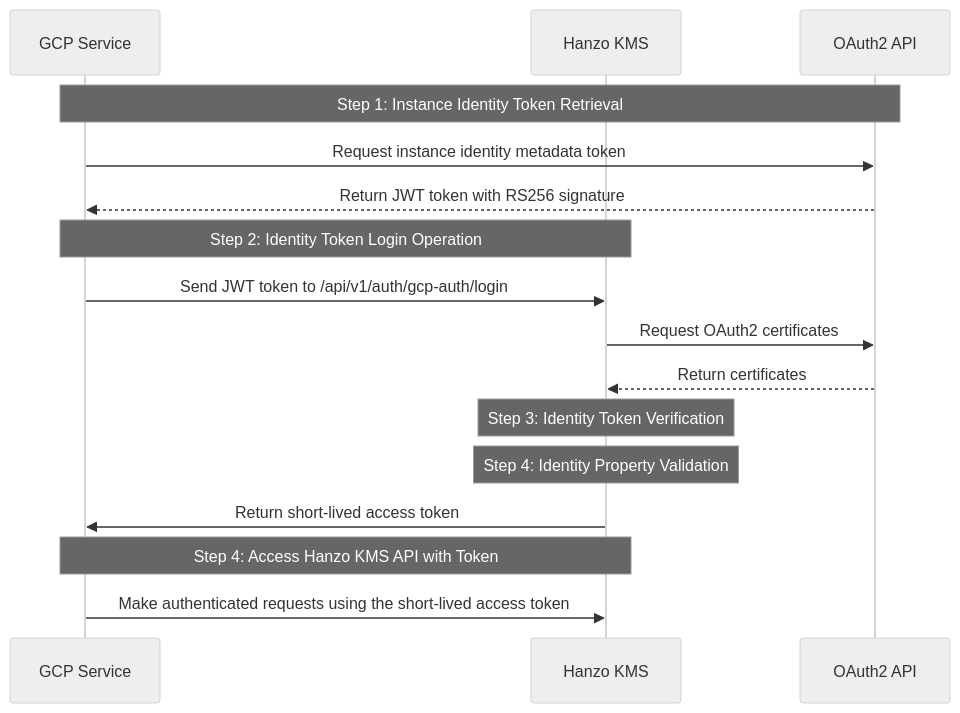
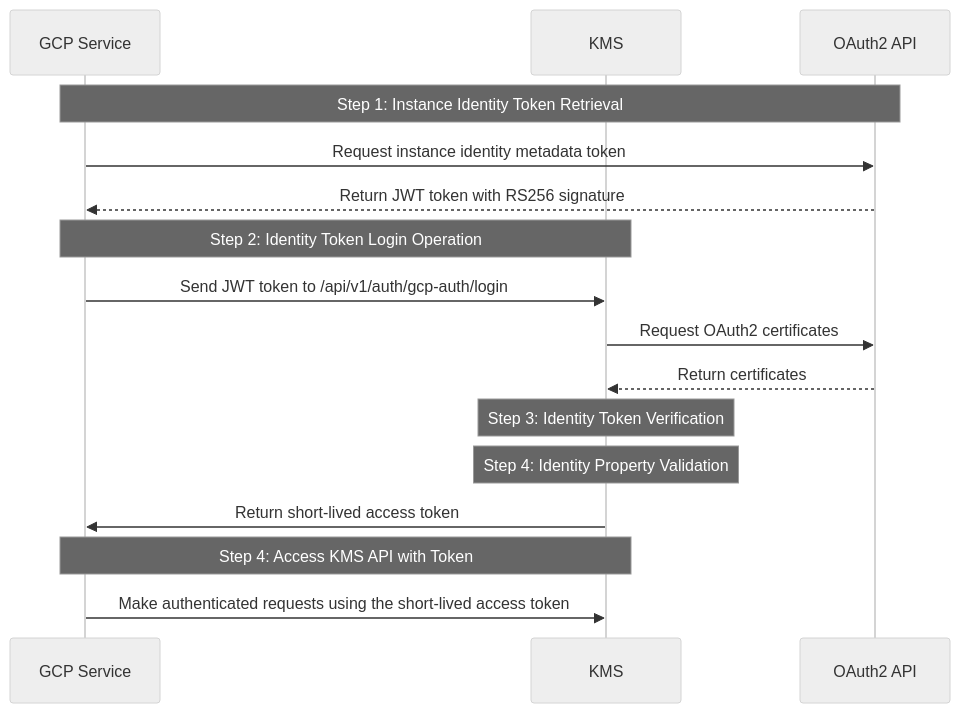
The first of 2 diagrams in docs/documentation/platform/identities/gcp-auth.mdx (hanzoai/kms), drawn with Mermaid (neutral theme) before and after one commit. The commit also changed other lines of this file and 855 other files, not shown here.

````diff
--- a/docs/documentation/platform/identities/gcp-auth.mdx
+++ b/docs/documentation/platform/identities/gcp-auth.mdx
@@ -18,22 +18,22 @@
 ```mermaid
 sequenceDiagram
   participant GCE as GCP Service
-  participant Infis as Hanzo KMS
+  participant Infis as KMS
   participant Google as OAuth2 API
 
   Note over GCE,Google: Step 1: Instance Identity Token Retrieval
   GCE->>Google: Request instance identity metadata token
   Google-->>GCE: Return JWT token with RS256 signature
 
   Note over GCE,Infis: Step 2: Identity Token Login Operation
   GCE->>Infis: Send JWT token to /api/v1/auth/gcp-auth/login
   Infis->>Google: Request OAuth2 certificates
   Google-->>Infis: Return certificates
 
   Note over Infis: Step 3: Identity Token Verification
   Note over Infis: Step 4: Identity Property Validation
   Infis->>GCE: Return short-lived access token
 
-  Note over GCE,Infis: Step 4: Access Hanzo KMS API with Token
+  Note over GCE,Infis: Step 4: Access KMS API with Token
   GCE->>Infis: Make authenticated requests using the short-lived access token
 ```
````
